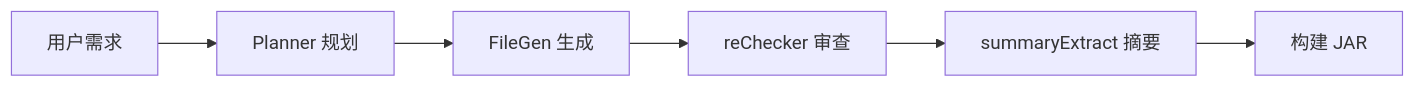
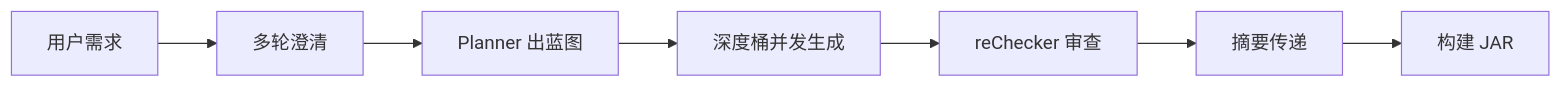
The diagram in docs/guide/introduction.md (superwfox/minecraft-dev), drawn with Mermaid before and after one commit. The commit also changed other lines of this file and 19 other files, not shown here.

````diff
--- a/docs/guide/introduction.md
+++ b/docs/guide/introduction.md
@@ -58,8 +58,9 @@
 ```mermaid
 graph LR
-    A[用户需求] --> B[Planner 规划]
-    B --> C[FileGen 生成]
+    A[用户需求] --> A1[多轮澄清]
+    A1 --> B[Planner 出蓝图]
+    B --> C[深度桶并发生成]
     C --> D[reChecker 审查]
-    D --> E[summaryExtract 摘要]
+    D --> E[摘要传递]
     E --> F[构建 JAR]
 ```
````
